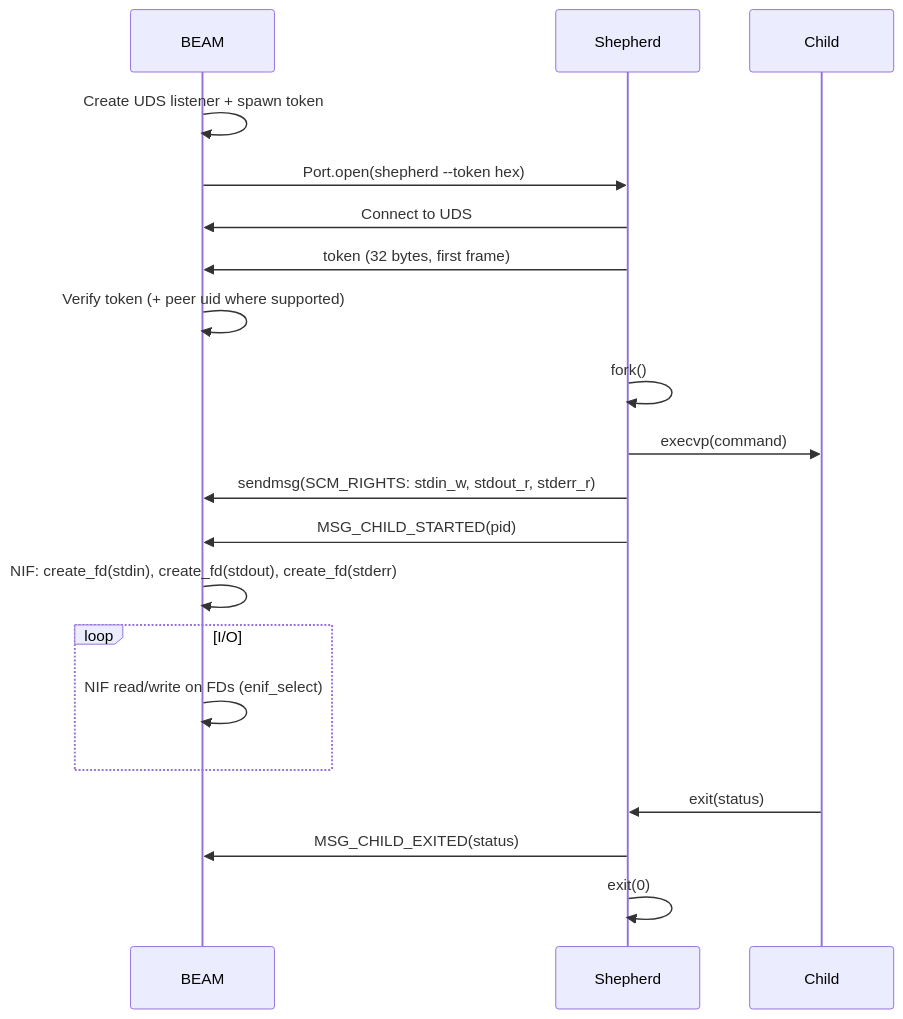
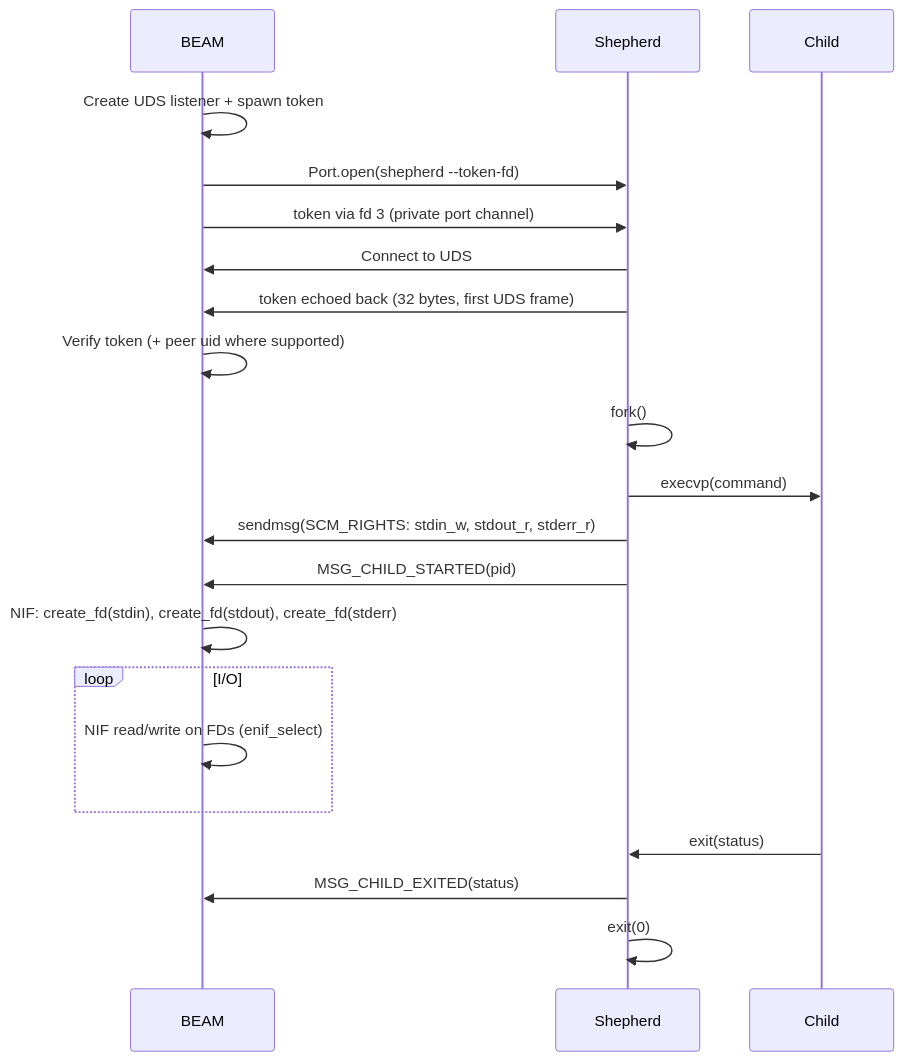
Before and after one commit to nyo16/net_runner: the second of 3 diagrams in docs/architecture.md, drawn with Mermaid. The commit also changed other lines of this file and 38 other files, not shown here.

````diff
--- a/docs/architecture.md
+++ b/docs/architecture.md
@@ -31,25 +31,26 @@
 ```mermaid
 sequenceDiagram
     participant B as BEAM
     participant S as Shepherd
     participant C as Child
 
     B->>B: Create UDS listener + spawn token
-    B->>S: Port.open(shepherd --token hex)
+    B->>S: Port.open(shepherd --token-fd)
+    B->>S: token via fd 3 (private port channel)
     S->>B: Connect to UDS
-    S->>B: token (32 bytes, first frame)
+    S->>B: token echoed back (32 bytes, first UDS frame)
     B->>B: Verify token (+ peer uid where supported)
     S->>S: fork()
     S->>C: execvp(command)
     S->>B: sendmsg(SCM_RIGHTS: stdin_w, stdout_r, stderr_r)
     S->>B: MSG_CHILD_STARTED(pid)
     B->>B: NIF: create_fd(stdin), create_fd(stdout), create_fd(stderr)
 
     loop I/O
         B->>B: NIF read/write on FDs (enif_select)
     end
 
     C->>S: exit(status)
     S->>B: MSG_CHILD_EXITED(status)
     S->>S: exit(0)
 ```
````
